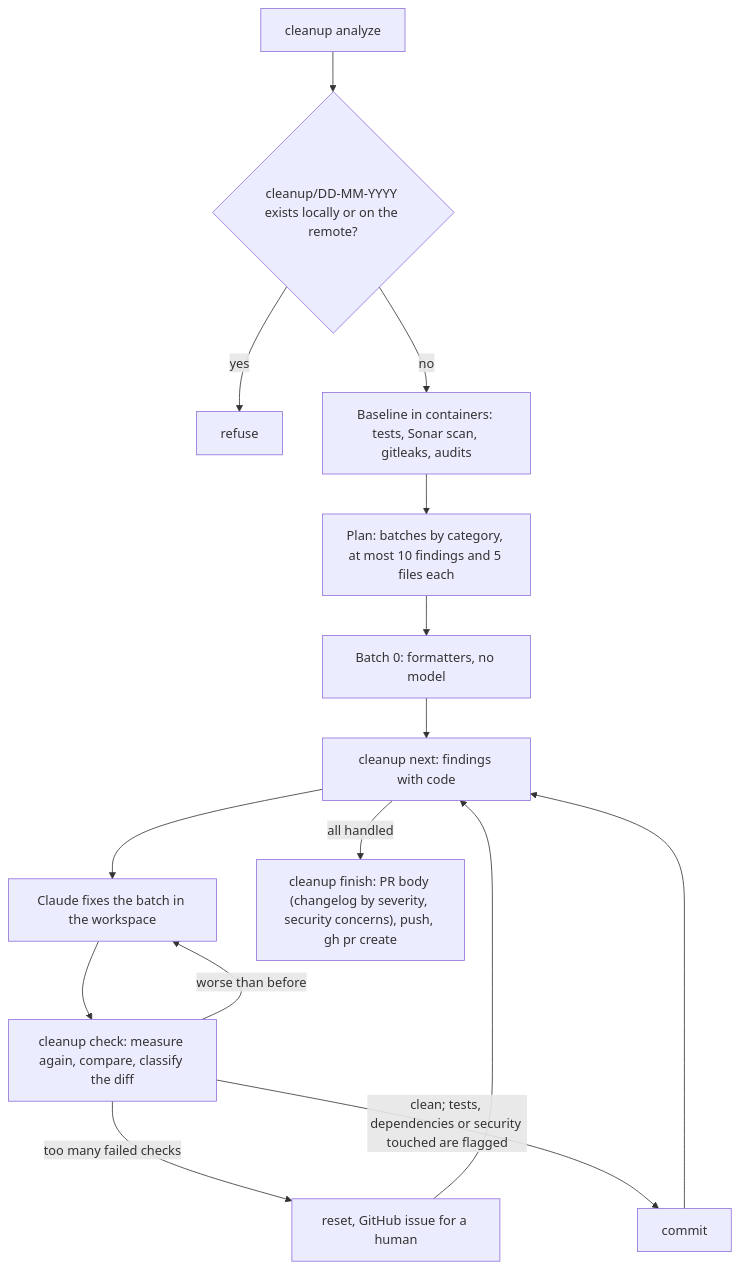
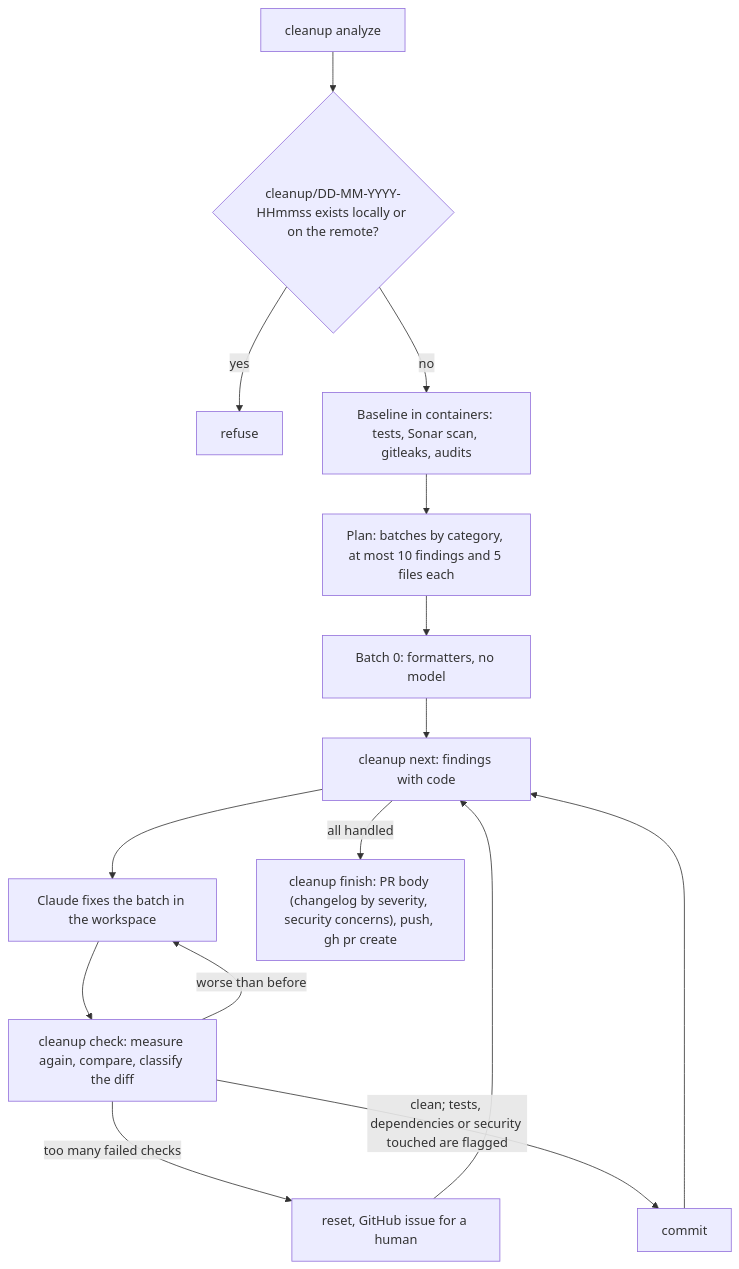
The fourth of 4 diagrams in docs/architecture.md (BerendCheckpt/cnu-software-engineering-ai-sdlc-tool), drawn with Mermaid before and after one commit. The commit also changed other lines of this file and 10 other files, not shown here.

````diff
--- a/docs/architecture.md
+++ b/docs/architecture.md
@@ -121,15 +121,15 @@
 ```mermaid
 flowchart TD
-  A[cleanup analyze] --> BR{"cleanup/DD-MM-YYYY exists locally or on the remote?"}
+  A[cleanup analyze] --> BR{"cleanup/DD-MM-YYYY-HHmmss exists locally or on the remote?"}
   BR -->|yes| STOP[refuse]
   BR -->|no| B["Baseline in containers: tests, Sonar scan, gitleaks, audits"]
   B --> P[Plan: batches by category, at most 10 findings and 5 files each]
   P --> F[Batch 0: formatters, no model]
   F --> N[cleanup next: findings with code]
   N --> E[Claude fixes the batch in the workspace]
   E --> C["cleanup check: measure again, compare, classify the diff"]
   C -->|worse than before| E
   C -->|too many failed checks| ESC[reset, GitHub issue for a human] --> N
   C -->|clean; tests, dependencies or security touched are flagged| CM[commit] --> N
   N -->|all handled| FIN["cleanup finish: PR body (changelog by severity, security concerns), push, gh pr create"]
 ```
````
